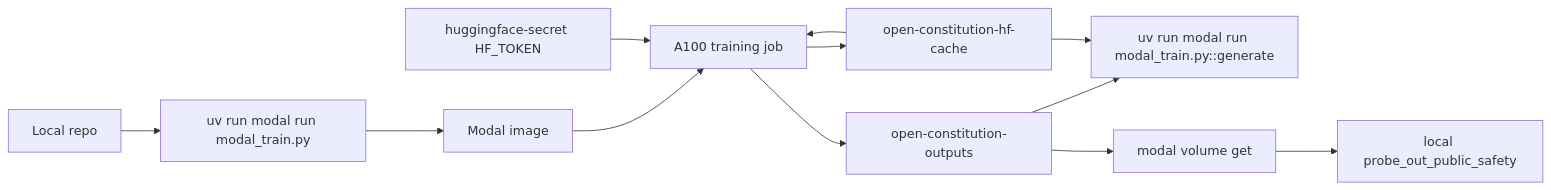
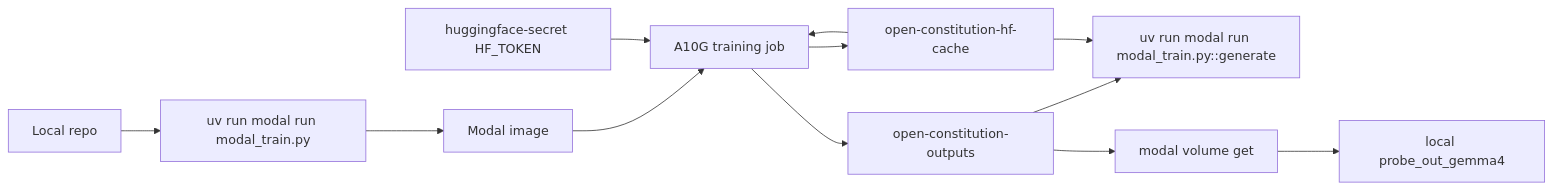
One commit to superagent-ai/open-constitution changed the first of 3 diagrams in README.md. Above: the diagram before and after it, drawn with Mermaid. The commit also changed other lines of this file and 21 other files, not shown here.

````diff
--- a/README.md
+++ b/README.md
@@ -55,14 +164,14 @@
 ```mermaid
 flowchart LR
     LocalRepo["Local repo"] --> ModalRun["uv run modal run modal_train.py"]
     ModalRun --> ModalImage["Modal image"]
-    ModalImage --> A100Job["A100 training job"]
-    HFSecret["huggingface-secret HF_TOKEN"] --> A100Job
-    HFCache["open-constitution-hf-cache"] --> A100Job
-    A100Job --> HFCache
-    A100Job --> Outputs["open-constitution-outputs"]
+    ModalImage --> GpuJob["A10G training job"]
+    HFSecret["huggingface-secret HF_TOKEN"] --> GpuJob
+    HFCache["open-constitution-hf-cache"] --> GpuJob
+    GpuJob --> HFCache
+    GpuJob --> Outputs["open-constitution-outputs"]
     Outputs --> ModalGenerate["uv run modal run modal_train.py::generate"]
     HFCache --> ModalGenerate
     Outputs --> Download["modal volume get"]
-    Download --> LocalProbe["local probe_out_public_safety"]
+    Download --> LocalProbe["local probe_out_gemma4"]
 ```
````
